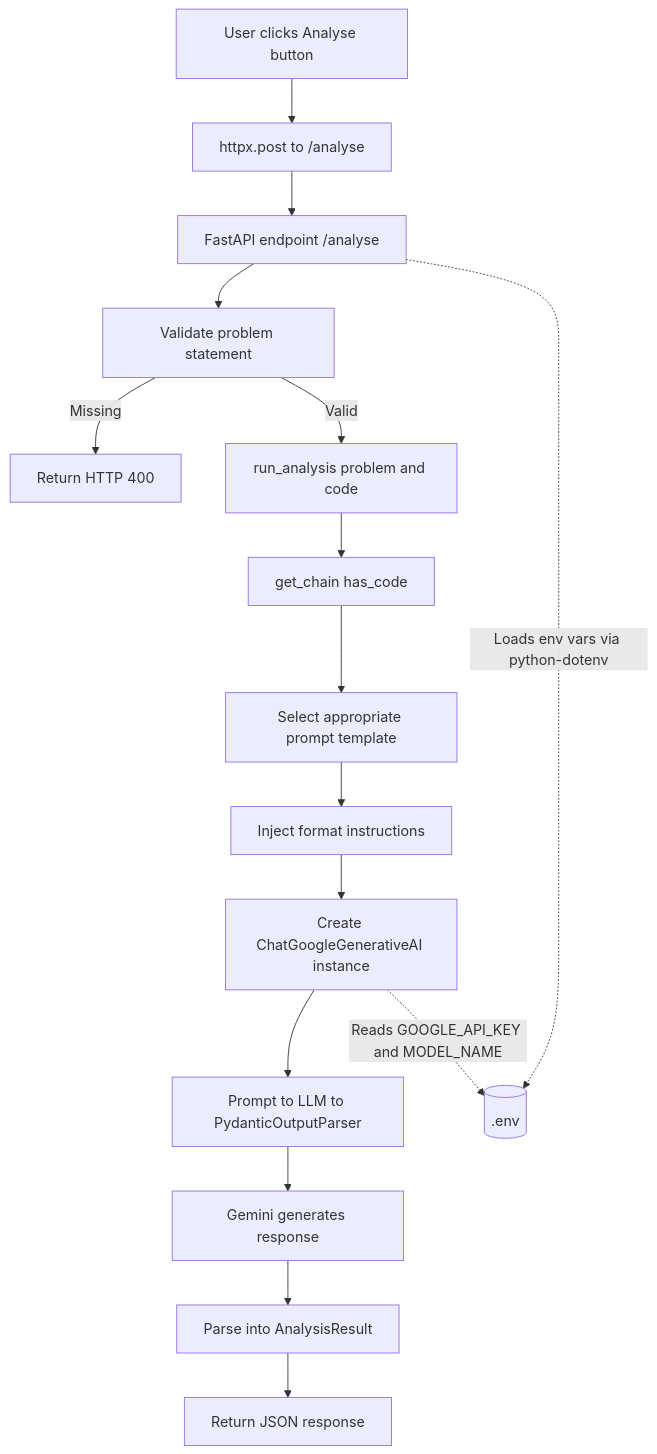
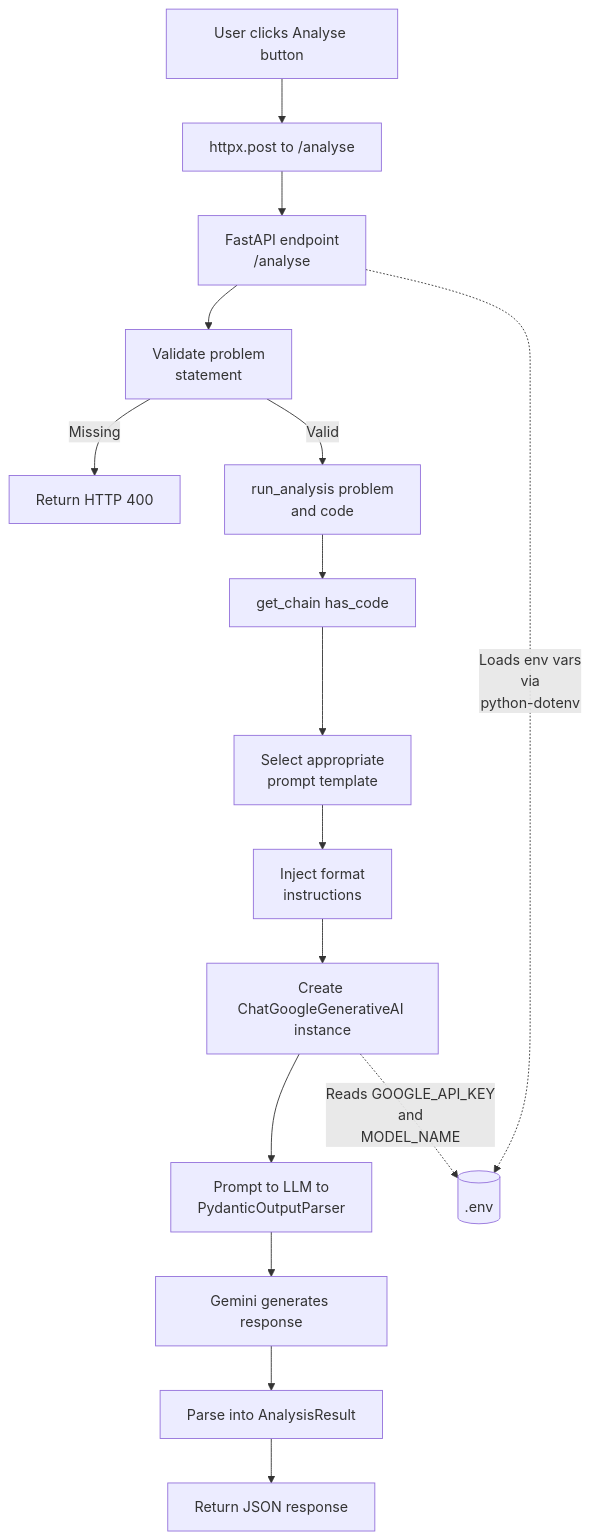
The third of 3 diagrams in flowchart.md (Shrikantlala24/Capture-v2), drawn with Mermaid before and after one commit. The commit also changed 1 other file, not shown here.

Commit message:
monolith setup

````diff
--- a/flowchart.md
+++ b/flowchart.md
@@ -83,35 +83,35 @@
 ```mermaid
 flowchart TD
 
     A[User clicks Analyse button]
 
     A --> B[httpx.post to /analyse]
 
-    B --> C[FastAPI endpoint /analyse]
+    B --> C[FastAPI endpoint <br>/analyse]
 
-    C --> D[Validate problem statement]
+    C --> D[Validate problem <br>statement]
 
     D -- Missing --> E[Return HTTP 400]
 
-    D -- Valid --> F[run_analysis problem and code]
+    D -- Valid --> F[run_analysis problem <br>and code]
 
     F --> G[get_chain has_code]
 
-    G --> H[Select appropriate prompt template]
+    G --> H[Select appropriate <br>prompt template]
 
-    H --> I[Inject format instructions]
+    H --> I[Inject format <br>instructions]
 
-    I --> J[Create ChatGoogleGenerativeAI instance]
+    I --> J[Create ChatGoogleGenerativeAI <br>instance]
 
-    J --> K[Prompt to LLM to PydanticOutputParser]
+    J --> K[Prompt to LLM to <br>PydanticOutputParser]
 
     K --> L[Gemini generates response]
 
     L --> M[Parse into AnalysisResult]
 
     M --> N[Return JSON response]
 
-    J -. Reads GOOGLE_API_KEY and MODEL_NAME .-> O[(.env)]
+    J -. Reads GOOGLE_API_KEY <br>and <br>MODEL_NAME .-> O[(.env)]
 
-    C -. Loads env vars via python-dotenv .-> O
+    C -. Loads env vars <br>via <br>python-dotenv .-> O
 ```
````
